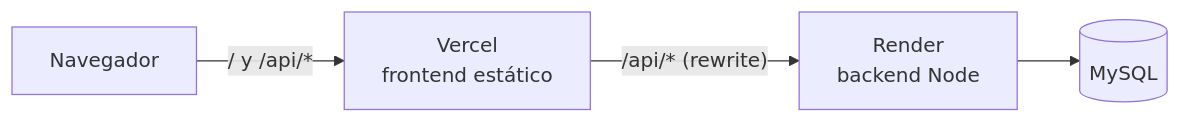
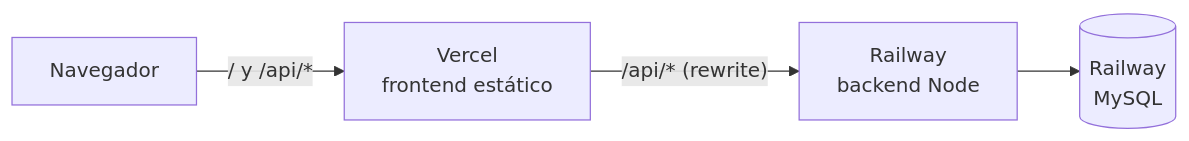
The diagram in README.md (roman5983/Gesti-n-Log-stica-y-Flota-), drawn with Mermaid before and after one commit. The commit also changed other lines of this file and 2 other files, not shown here.

Commit message:
chore(deploy): backend en Railway (railway.json y guía)

````diff
--- a/README.md
+++ b/README.md
@@ -114,6 +114,6 @@
 ```mermaid
 flowchart LR
     B[Navegador] -->|"/ y /api/*"| V[Vercel<br/>frontend estático]
-    V -->|"/api/* (rewrite)"| R[Render<br/>backend Node]
-    R --> DB[(MySQL)]
+    V -->|"/api/* (rewrite)"| R[Railway<br/>backend Node]
+    R --> DB[(Railway<br/>MySQL)]
 ```
````
